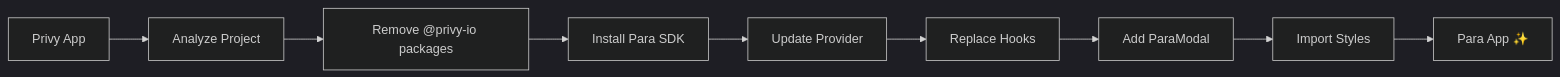
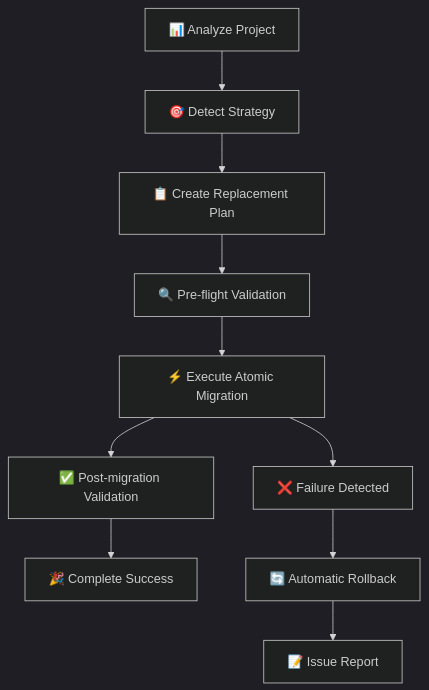
One commit to fruteroclub/para-wallet-migration-mcp changed the diagram in README.md. Above: the diagram before and after it, drawn with Mermaid (dark theme). The commit also changed other lines of this file and 13 other files, not shown here.

````diff
--- a/README.md
+++ b/README.md
@@ -179,11 +53,13 @@
 ```mermaid
-graph LR
-    A[Privy App] --> B[Analyze Project]
-    B --> C[Remove @privy-io packages]
-    C --> D[Install Para SDK]
-    D --> E[Update Provider]
-    E --> F[Replace Hooks]
-    F --> G[Add ParaModal]
-    G --> H[Import Styles]
-    H --> I[Para App ✨]
+graph TB
+    A[📊 Analyze Project] --> B[🎯 Detect Strategy]
+    B --> C[📋 Create Replacement Plan]
+    C --> D[🔍 Pre-flight Validation]
+    D --> E[⚡ Execute Atomic Migration]
+    E --> F[✅ Post-migration Validation] 
+    F --> G[🎉 Complete Success]
+    
+    E --> H[❌ Failure Detected]
+    H --> I[🔄 Automatic Rollback]
+    I --> J[📝 Issue Report]
 ```
````
